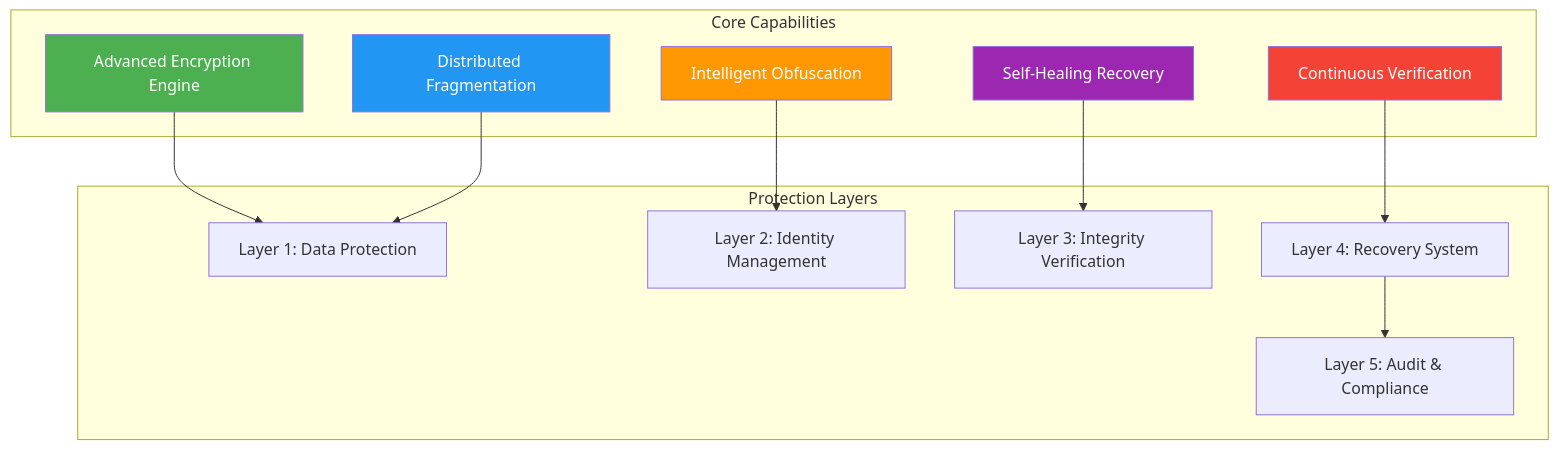
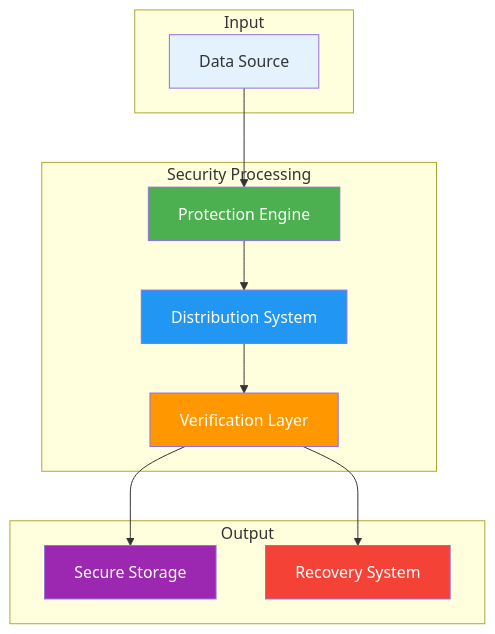
One commit to Thunder9954/Markush_FECS changed the first of 5 diagrams in README.md. Above: the diagram before and after it, drawn with Mermaid. The commit also changed other lines of this file, not shown here.

````diff
--- a/README.md
+++ b/README.md
@@ -63,31 +68,30 @@
 ```mermaid
 graph TB
-    subgraph "Core Capabilities"
-        A[Advanced Encryption Engine]
-        B[Distributed Fragmentation]
-        C[Intelligent Obfuscation]
-        D[Self-Healing Recovery]
-        E[Continuous Verification]
+    subgraph "Input"
+        A[Data Source]
     end
     
-    subgraph "Protection Layers"
-        L1[Layer 1: Data Protection]
-        L2[Layer 2: Identity Management]
-        L3[Layer 3: Integrity Verification]
-        L4[Layer 4: Recovery System]
-        L5[Layer 5: Audit & Compliance]
+    subgraph "Security Processing"
+        B[Protection Engine]
+        C[Distribution System]
+        D[Verification Layer]
     end
     
-    A --> L1
-    B --> L1
-    C --> L2
-    D --> L3
-    E --> L4
-    L4 --> L5
+    subgraph "Output"
+        E[Secure Storage]
+        F[Recovery System]
+    end
     
-    style A fill:#4CAF50,color:#fff
-    style B fill:#2196F3,color:#fff
-    style C fill:#FF9800,color:#fff
-    style D fill:#9C27B0,color:#fff
-    style E fill:#F44336,color:#fff
+    A --> B
+    B --> C
+    C --> D
+    D --> E
+    D --> F
+    
+    style A fill:#e3f2fd
+    style B fill:#4CAF50,color:#fff
+    style C fill:#2196F3,color:#fff
+    style D fill:#FF9800,color:#fff
+    style E fill:#9C27B0,color:#fff
+    style F fill:#F44336,color:#fff
 ```
````
